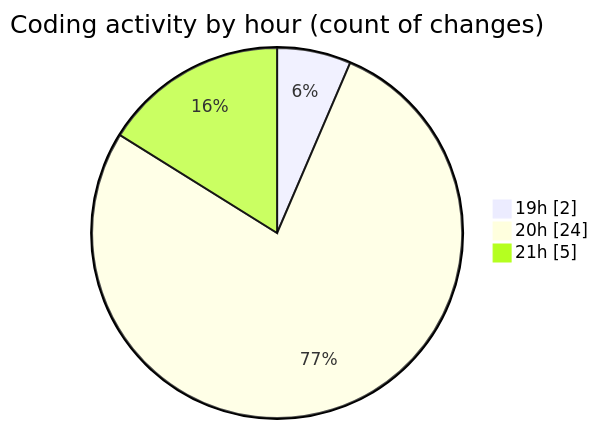
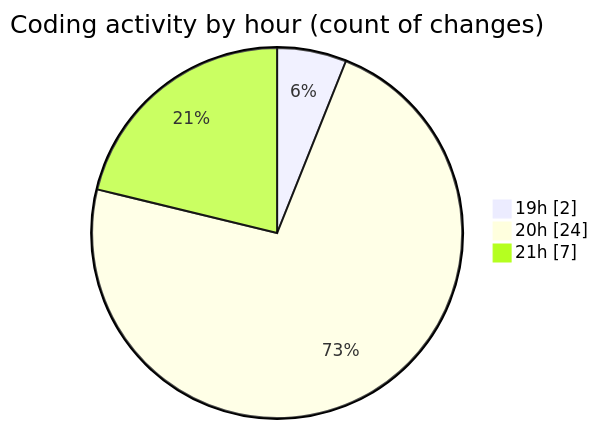
One commit to idhammustaqopulfikri/code-tracking changed the second of 2 diagrams in 2025-04-13/autodidak/README.md. Above: the diagram before and after it, drawn with Mermaid. The commit also changed other lines of this file and 1 other file, not shown here.

````diff
--- a/2025-04-13/autodidak/README.md
+++ b/2025-04-13/autodidak/README.md
@@ -36,7 +36,7 @@
 ```mermaid
 pie showData
 title Coding activity by hour (count of changes)
 "19h" : 2
 "20h" : 24
-"21h" : 5
+"21h" : 7
 ```
````
